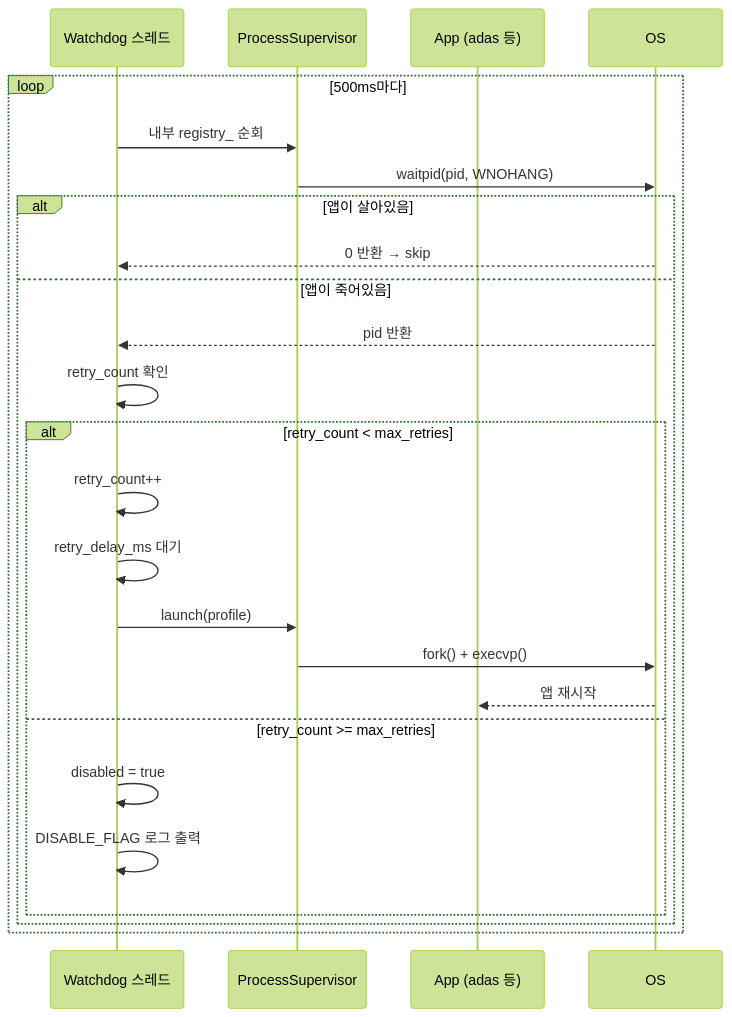
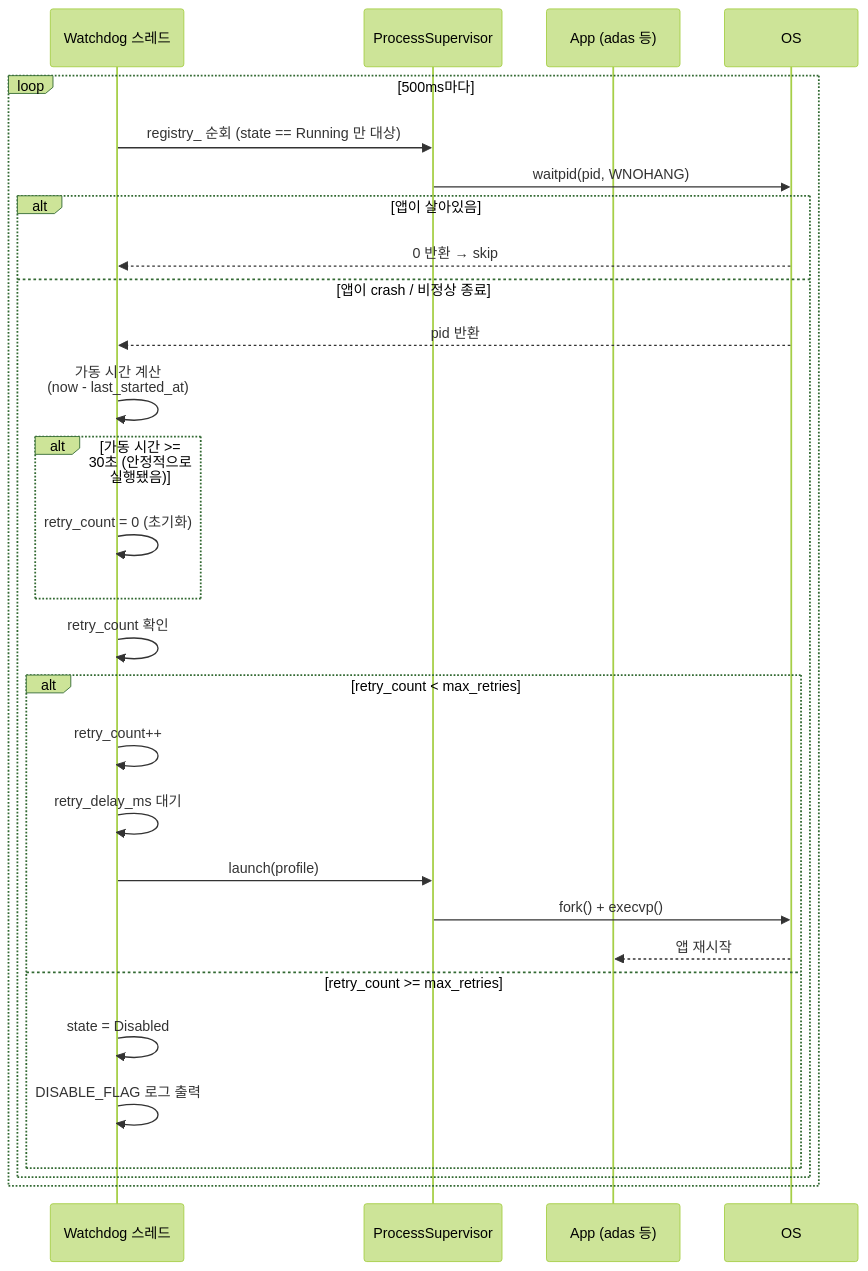
One commit to Suehyun666/Platform changed the fourth of 6 diagrams in docs/architecture.md. Above: the diagram before and after it, drawn with Mermaid (forest theme). The commit also changed other lines of this file and 15 other files, not shown here.

````diff
--- a/docs/architecture.md
+++ b/docs/architecture.md
@@ -143,30 +199,36 @@
 ```mermaid
 sequenceDiagram
     participant WD as Watchdog 스레드
     participant PS as ProcessSupervisor
     participant AP as App (adas 등)
     participant OS as OS
 
     loop 500ms마다
-        WD->>PS: 내부 registry_ 순회
+        WD->>PS: registry_ 순회 (state == Running 만 대상)
         PS->>OS: waitpid(pid, WNOHANG)
 
         alt 앱이 살아있음
             OS-->>WD: 0 반환 → skip
-        else 앱이 죽어있음
+        else 앱이 crash / 비정상 종료
             OS-->>WD: pid 반환
+            WD->>WD: 가동 시간 계산<br/>(now - last_started_at)
+
+            alt 가동 시간 >= 30초 (안정적으로 실행됐음)
+                WD->>WD: retry_count = 0 (초기화)
+            end
+
             WD->>WD: retry_count 확인
 
             alt retry_count < max_retries
                 WD->>WD: retry_count++
                 WD->>WD: retry_delay_ms 대기
                 WD->>PS: launch(profile)
                 PS->>OS: fork() + execvp()
                 OS-->>AP: 앱 재시작
             else retry_count >= max_retries
-                WD->>WD: disabled = true
+                WD->>WD: state = Disabled
                 WD->>WD: DISABLE_FLAG 로그 출력
             end
         end
     end
 ```
````
